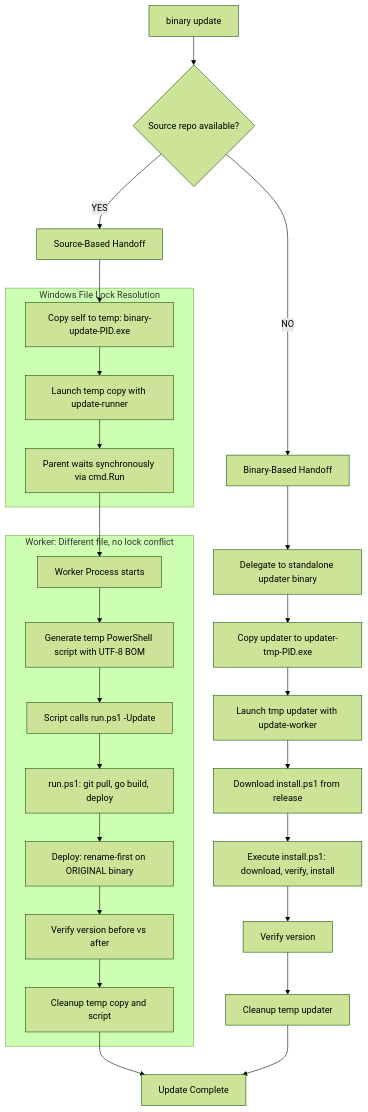
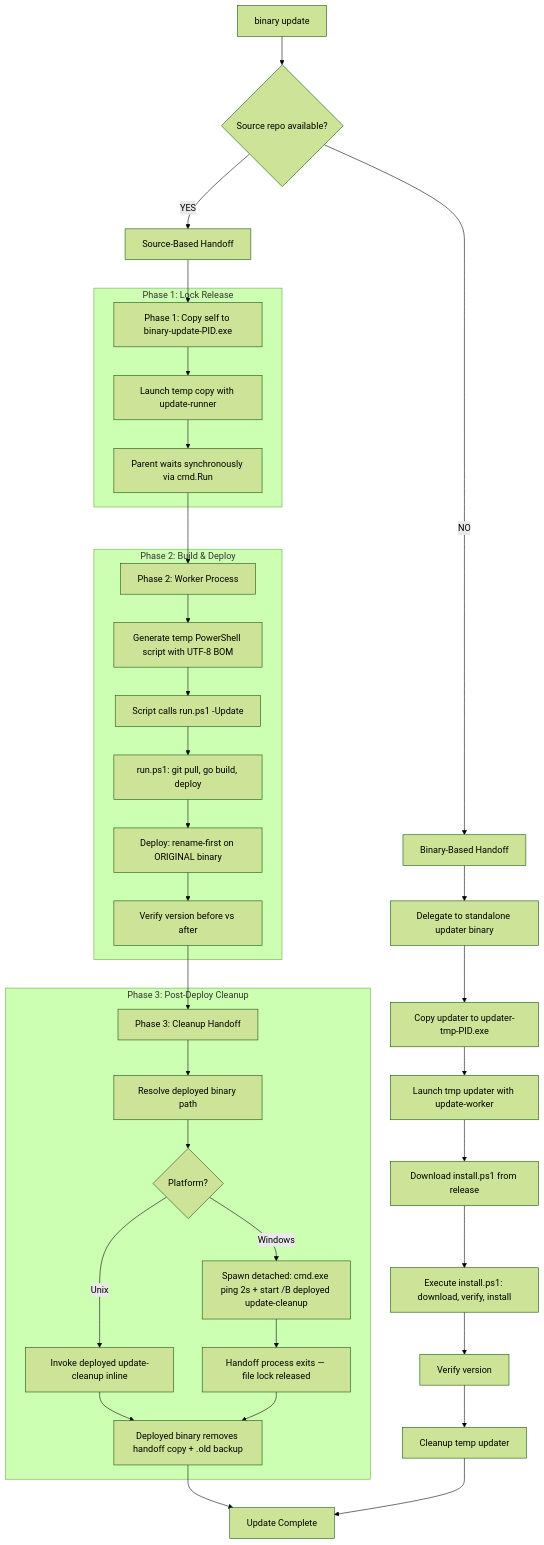
Before and after one commit to alimtvnetwork/gitmap-v6: the diagram in spec/08-generic-update/images/handoff-mechanism-flow.mmd, drawn with Mermaid (forest theme). The commit also changed 2 other files, not shown here.

```diff
--- a/spec/08-generic-update/images/handoff-mechanism-flow.mmd
+++ b/spec/08-generic-update/images/handoff-mechanism-flow.mmd
@@ -1,44 +1,61 @@
 graph TD
     A["binary update"] --> B{"Source repo available?"}
 
     B -->|YES| C["Source-Based Handoff"]
     B -->|NO| D["Binary-Based Handoff"]
 
-    C --> C1["Copy self to temp: binary-update-PID.exe"]
+    C --> C1["Phase 1: Copy self to binary-update-PID.exe"]
     C1 --> C2["Launch temp copy with update-runner"]
     C2 --> C3["Parent waits synchronously via cmd.Run"]
 
-    C3 --> W["Worker Process starts"]
+    C3 --> W["Phase 2: Worker Process"]
     W --> W1["Generate temp PowerShell script with UTF-8 BOM"]
     W1 --> W2["Script calls run.ps1 -Update"]
     W2 --> W3["run.ps1: git pull, go build, deploy"]
     W3 --> W4["Deploy: rename-first on ORIGINAL binary"]
     W4 --> W5["Verify version before vs after"]
-    W5 --> W6["Cleanup temp copy and script"]
+
+    W5 --> P3["Phase 3: Cleanup Handoff"]
+    P3 --> P3a["Resolve deployed binary path"]
+    P3a --> P3b{"Platform?"}
+    P3b -->|Windows| P3w["Spawn detached: cmd.exe ping 2s + start /B deployed update-cleanup"]
+    P3b -->|Unix| P3u["Invoke deployed update-cleanup inline"]
+    P3w --> P3x["Handoff process exits — file lock released"]
+    P3u --> P3y["Deployed binary removes handoff copy + .old backup"]
+    P3x --> P3y
 
     D --> D1["Delegate to standalone updater binary"]
     D1 --> D2["Copy updater to updater-tmp-PID.exe"]
     D2 --> D3["Launch tmp updater with update-worker"]
     D3 --> D4["Download install.ps1 from release"]
     D4 --> D5["Execute install.ps1: download, verify, install"]
     D5 --> D6["Verify version"]
     D6 --> D7["Cleanup temp updater"]
 
-    W6 --> E["Update Complete"]
+    P3y --> E["Update Complete"]
     D7 --> E
 
-    subgraph "Windows File Lock Resolution"
+    subgraph "Phase 1: Lock Release"
         C1
         C2
         C3
     end
 
-    subgraph "Worker: Different file, no lock conflict"
+    subgraph "Phase 2: Build & Deploy"
         W
         W1
         W2
         W3
         W4
         W5
-        W6
     end
+
+    subgraph "Phase 3: Post-Deploy Cleanup"
+        P3
+        P3a
+        P3b
+        P3w
+        P3u
+        P3x
+        P3y
+    end
```
